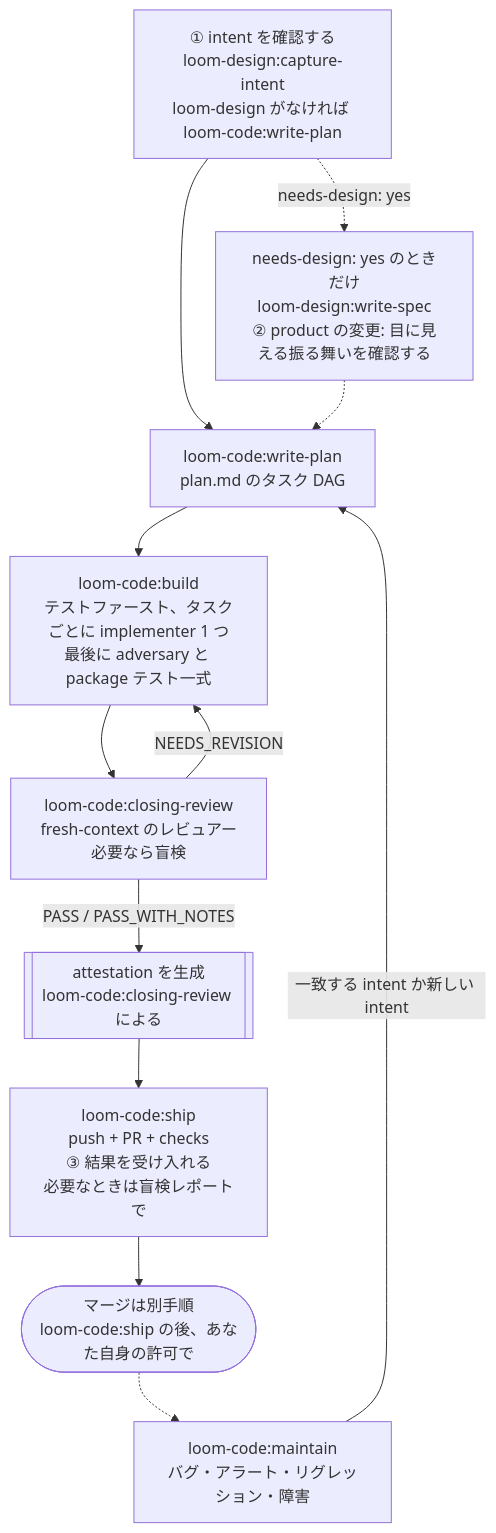
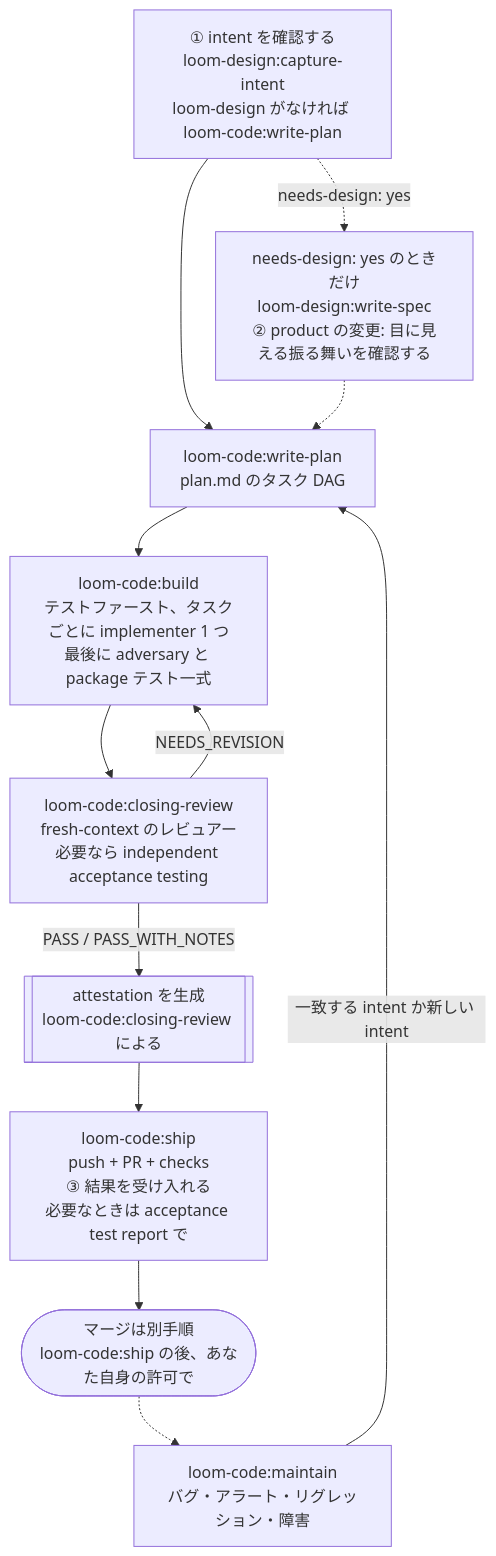
One commit to kouko/loom-plugins changed the diagram in loom-code/README.ja.md. Above: the diagram before and after it, drawn with Mermaid. The commit also changed other lines of this file and 161 other files, not shown here.

First line of the commit message:
refactor(loom): rename the blind run to independent acceptance testing (#46)

````diff
--- a/loom-code/README.ja.md
+++ b/loom-code/README.ja.md
@@ -19,24 +19,24 @@
 ```mermaid
 flowchart TD
     intent["① intent を確認する<br/>loom-design:capture-intent<br/>loom-design がなければ loom-code:write-plan"]
     spec["needs-design: yes のときだけ<br/>loom-design:write-spec<br/>② product の変更: 目に見える振る舞いを確認する"]
     plan["loom-code:write-plan<br/>plan.md のタスク DAG"]
     build["loom-code:build<br/>テストファースト、タスクごとに implementer 1 つ<br/>最後に adversary と package テスト一式"]
-    review["loom-code:closing-review<br/>fresh-context のレビュアー<br/>必要なら盲検"]
+    review["loom-code:closing-review<br/>fresh-context のレビュアー<br/>必要なら independent acceptance testing"]
     attest[["attestation を生成<br/>loom-code:closing-review による"]]
-    ship["loom-code:ship<br/>push + PR + checks<br/>③ 結果を受け入れる<br/>必要なときは盲検レポートで"]
+    ship["loom-code:ship<br/>push + PR + checks<br/>③ 結果を受け入れる<br/>必要なときは acceptance test report で"]
     merged(["マージは別手順<br/>loom-code:ship の後、あなた自身の許可で"])
     maintain["loom-code:maintain<br/>バグ・アラート・リグレッション・障害"]
 
     intent --> plan
     intent -.->|"needs-design: yes"| spec
     spec -.-> plan
     plan --> build
     build --> review
     review -->|"NEEDS_REVISION"| build
     review -->|"PASS / PASS_WITH_NOTES"| attest
     attest --> ship
     ship --> merged
     merged -.-> maintain
     maintain -->|"一致する intent か新しい intent"| plan
 ```
````
